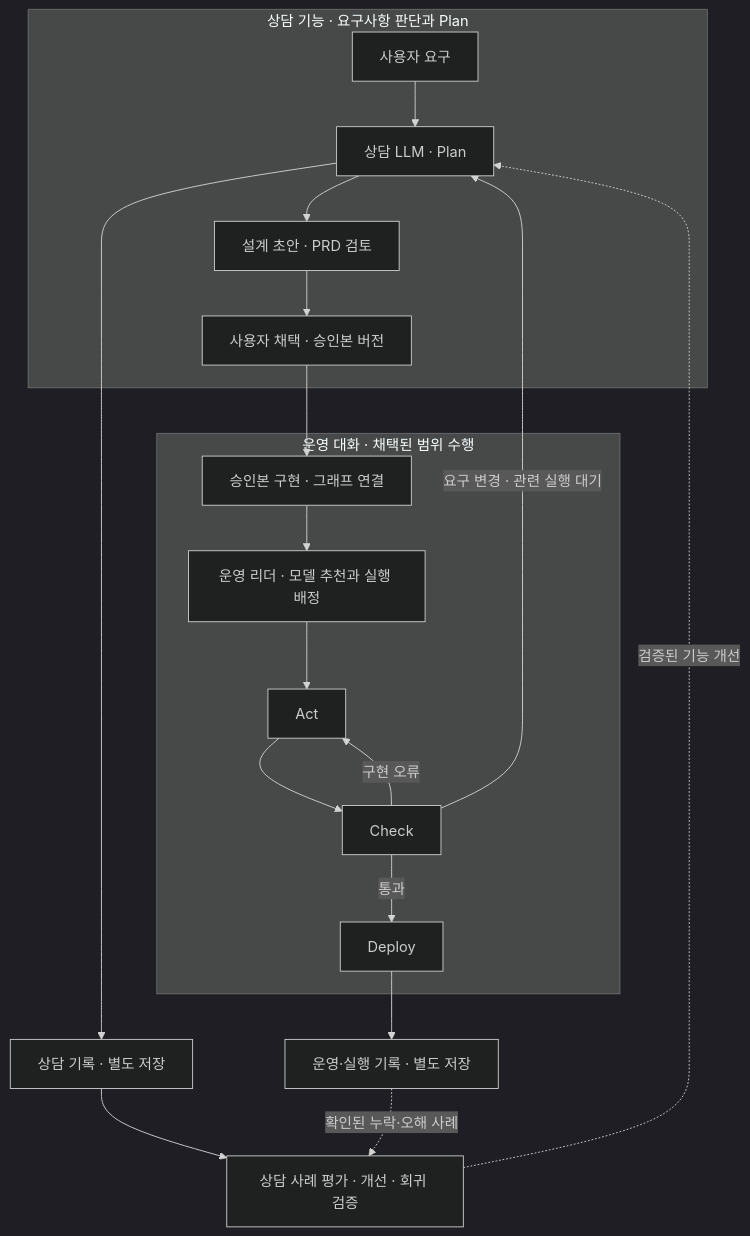
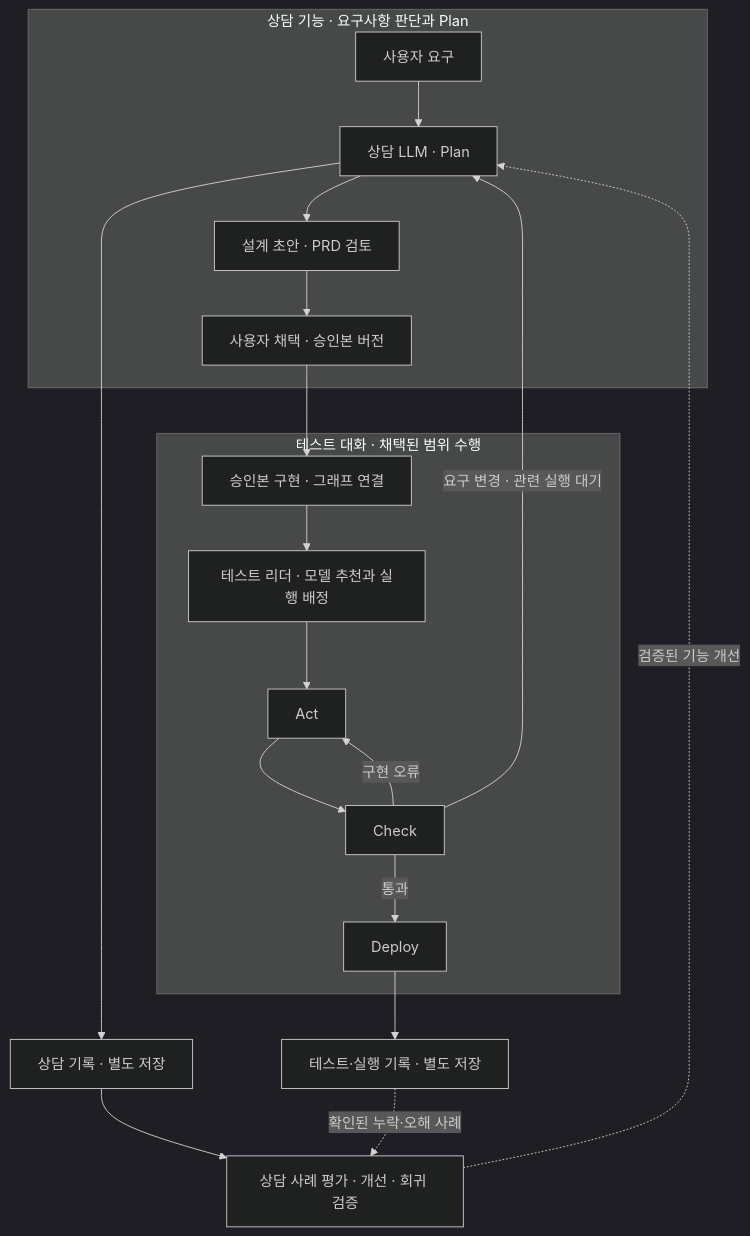
The diagram in knowledge/patchbay/절차/대화창-상담실행분리_20261010_v1.md (Han-Archives/Patchbay), drawn with Mermaid (dark theme) before and after one commit. The commit also changed other lines of this file and 269 other files, not shown here.

````diff
--- a/knowledge/patchbay/절차/대화창-상담실행분리_20261010_v1.md
+++ b/knowledge/patchbay/절차/대화창-상담실행분리_20261010_v1.md
@@ -15,22 +15,22 @@
 ```mermaid
 flowchart TD
   subgraph 상담[상담 기능 · 요구사항 판단과 Plan]
     U[사용자 요구] --> P[상담 LLM · Plan]
     P --> R[설계 초안 · PRD 검토]
     R --> V[사용자 채택 · 승인본 버전]
   end
   V --> H[승인본 구현 · 그래프 연결]
-  subgraph 운영[운영 대화 · 채택된 범위 수행]
-    H --> L[운영 리더 · 모델 추천과 실행 배정]
+  subgraph 테스트[테스트 대화 · 채택된 범위 수행]
+    H --> L[테스트 리더 · 모델 추천과 실행 배정]
     L --> A[Act]
     A --> C[Check]
     C -->|구현 오류| A
     C -->|통과| D[Deploy]
   end
   C -->|요구 변경 · 관련 실행 대기| P
   P --> CR[상담 기록 · 별도 저장]
-  D --> ER[운영·실행 기록 · 별도 저장]
+  D --> ER[테스트·실행 기록 · 별도 저장]
   CR --> F[상담 사례 평가 · 개선 · 회귀 검증]
   ER -. 확인된 누락·오해 사례 .-> F
   F -. 검증된 기능 개선 .-> P
 ```
````
